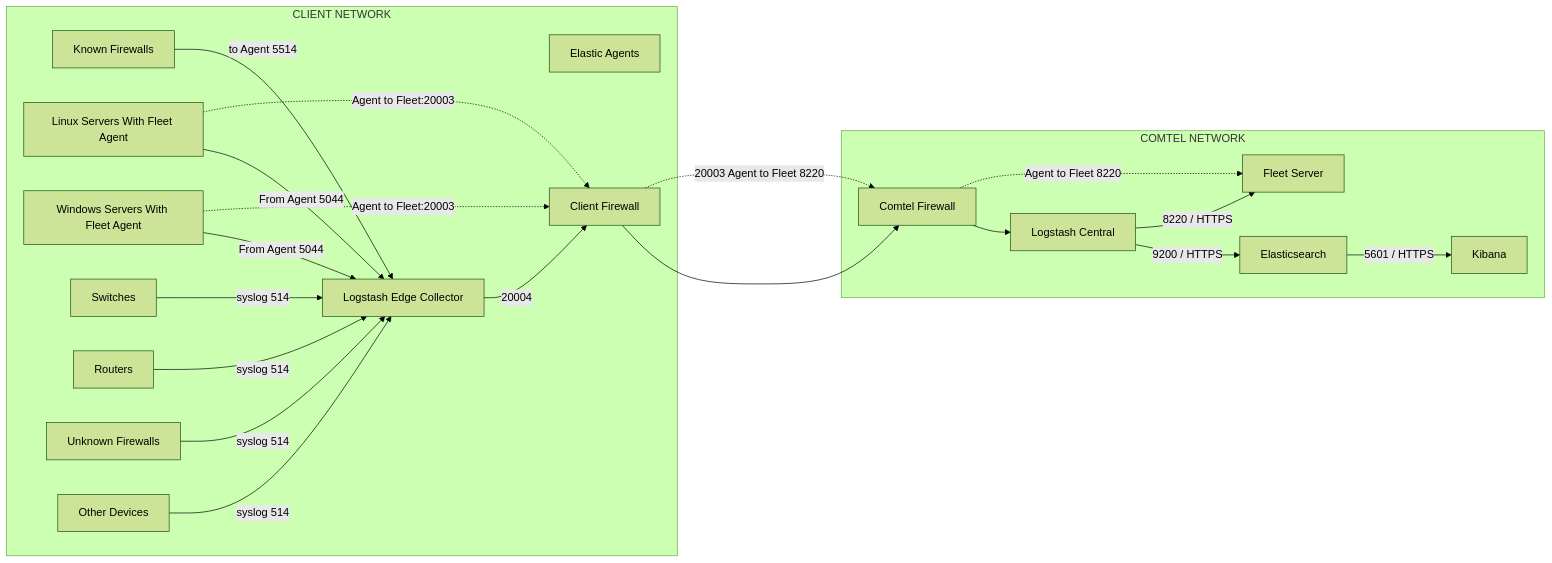
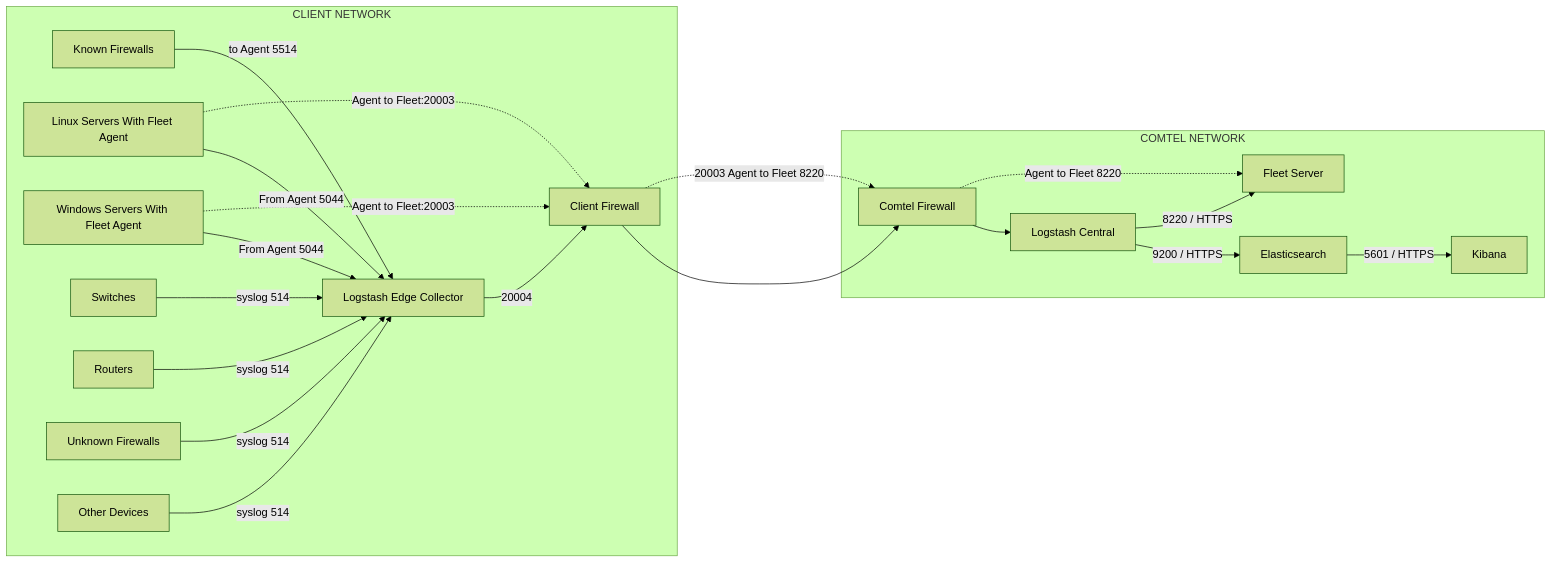
One commit to bhautik-comtel/ELK-config changed the diagram in README.md. Above: the diagram before and after it, drawn with Mermaid (forest theme).

````diff
--- a/README.md
+++ b/README.md
@@ -20,69 +20,68 @@
 ```mermaid
 flowchart LR
 
 %% =========================
 %% CLIENT NETWORK
 %% =========================
 subgraph CLIENT["CLIENT NETWORK"]
 
     KFW["Known Firewalls"]
     LNX["Linux Servers With Fleet Agent"]
     WIN["Windows Servers With Fleet Agent"]
     SW["Switches"]
     RTR["Routers"]
     FW["Unknown Firewalls"]
     OTH["Other Devices"]
 
-    AGENT["Elastic Agents"]
 
     EDGE["Logstash Edge Collector"]
 
     FW --  "syslog 514" --> EDGE
     KFW -- "to Agent 5514" --> EDGE
     LNX -- "From Agent 5044" --> EDGE
     WIN -- "From Agent 5044" --> EDGE
     SW --  "syslog 514" --> EDGE
     RTR -- "syslog 514" --> EDGE
     OTH -- "syslog 514" --> EDGE
 
     CFW["Client Firewall"]
 
     EDGE -- "20004" --> CFW
 end
 
 %% =========================
 %% WAN / INTERNET
 %% =========================
 
 
 
 %% =========================
 %% COMTEL NETWORK
 %% =========================
 subgraph COMTEL["COMTEL NETWORK"]
 
     COMFW["Comtel Firewall"]
 
     CENTRAL["Logstash Central"]
 
     ES["Elasticsearch"]
 
     KB["Kibana"]
 
     FLEET["Fleet Server"]
 
     COMFW --> CENTRAL
 
     CENTRAL -- "9200 / HTTPS" --> ES
 
     ES -- "5601 / HTTPS" --> KB
 
     CENTRAL -- "8220 / HTTPS" --> FLEET
 end
 
 CFW --> COMFW
 
 WIN -. "Agent to Fleet:20003" .-> CFW
 LNX -. "Agent to Fleet:20003" .-> CFW
 CFW -. "20003 Agent to Fleet 8220" .-> COMFW -."Agent to Fleet 8220".-> FLEET
 ```
````
